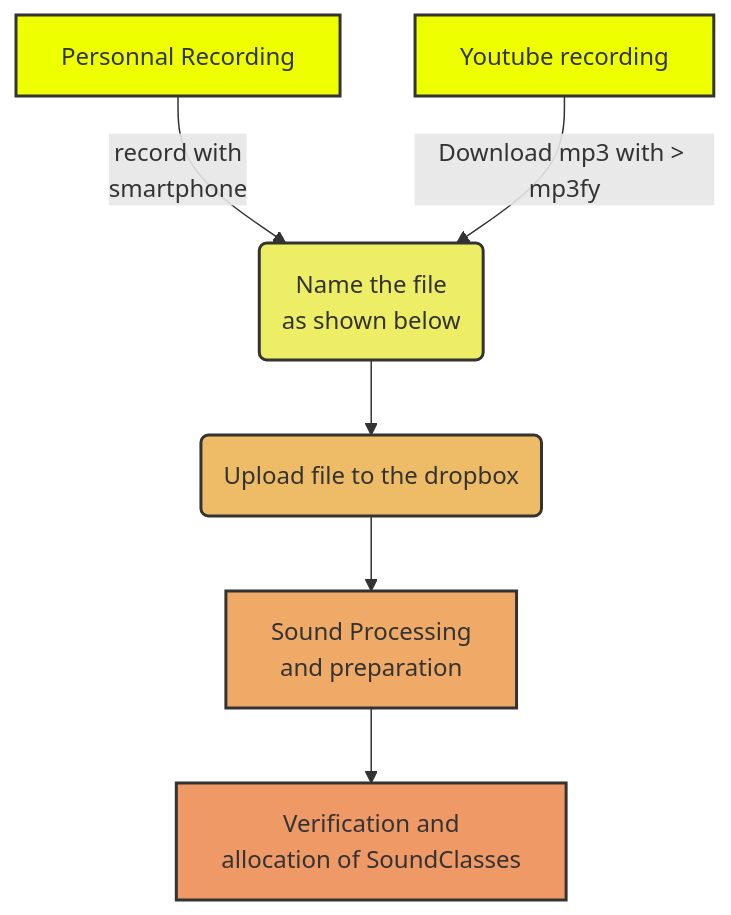
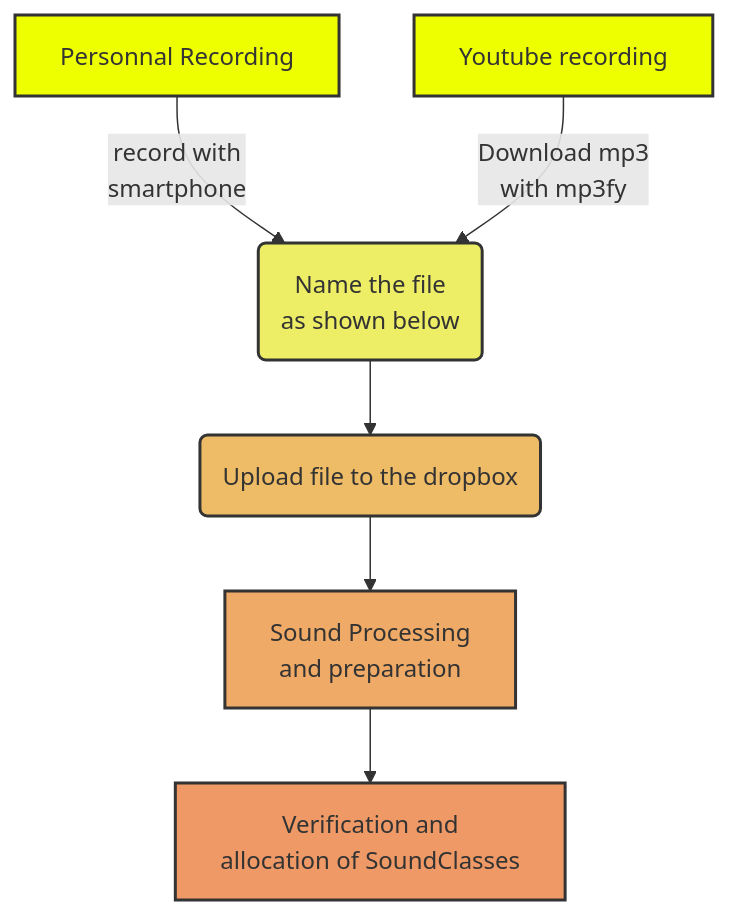
Before and after one commit to FrogBoss74/RealCatTranslator: the diagram in README.md, drawn with Mermaid. The commit also changed other lines of this file, not shown here.

````diff
--- a/README.md
+++ b/README.md
@@ -25,15 +25,15 @@
 ```mermaid
 
 graph TD
 A1[Personnal <span>Recording</span>] -->|record with <br>smartphone</b>| B(Name the file <br>as shown below</br>)
-A2[Youtube recording] -->|Download mp3 with > mp3fy| B
+A2[Youtube recording] -->|Download mp3 <br>with mp3fy</br>| B
 B --> C(Upload file to the dropbox)
 C -->D1[Sound Processing <br>and preparation</br>]
 D1 -->D2[Verification and <br>allocation of SoundClasses</br>]
 style A1 fill:#ef0,stroke:#333,stroke-width:2px;
 style A2 fill:#ef0,stroke:#333,stroke-width:2px;
 style B fill:#ee6,stroke:#333,stroke-width:2px;
 style C fill:#eb6,stroke:#333,stroke-width:2px;
 style D1 fill:#ea6,stroke:#333,stroke-width:2px;
 style D2 fill:#e96,stroke:#333,stroke-width:2px;
 ```
````
